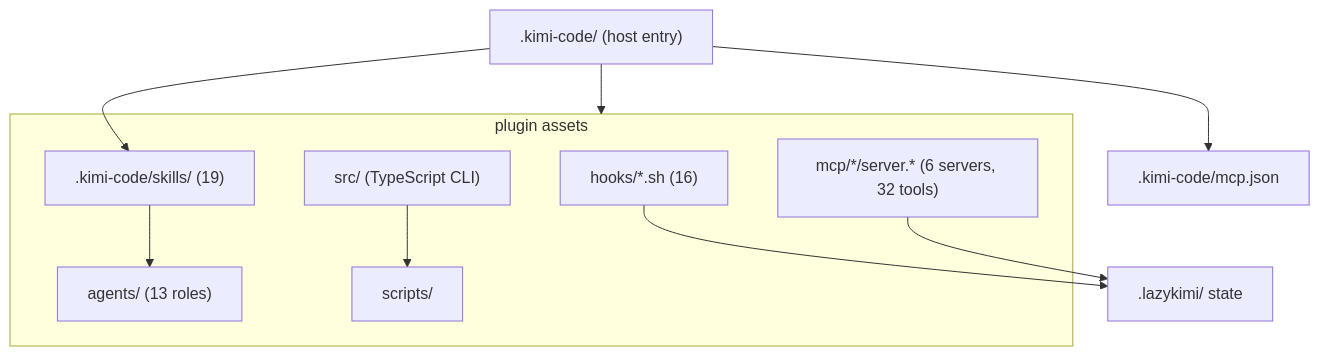
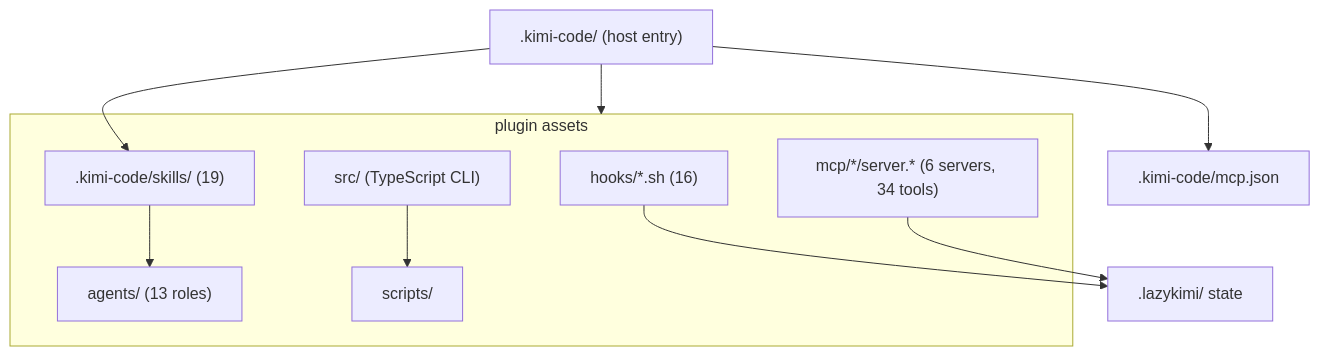
One commit to elvinzhao10/LazyKimi changed the diagram in docs/07-package-map.md. Above: the diagram before and after it, drawn with Mermaid. The commit also changed 42 other files, not shown here.

````diff
--- a/docs/07-package-map.md
+++ b/docs/07-package-map.md
@@ -7,18 +7,18 @@
 ```mermaid
 flowchart TB
     KCDot[".kimi-code/ (host entry)"] --> Assets
     subgraph Assets["plugin assets"]
       Skills[".kimi-code/skills/ (19)"]
       Agents["agents/ (13 roles)"]
       HookScripts["hooks/*.sh (16)"]
-      MCP["mcp/*/server.* (6 servers, 32 tools)"]
+      MCP["mcp/*/server.* (6 servers, 34 tools)"]
       CLI["src/ (TypeScript CLI)"]
       Scripts["scripts/"]
     end
     KCDot --> Skills
     KCDot --> MCPDecl[".kimi-code/mcp.json"]
     Skills --> Agents
     HookScripts --> State[".lazykimi/ state"]
     MCP --> State
     CLI --> Scripts
 ```
````
